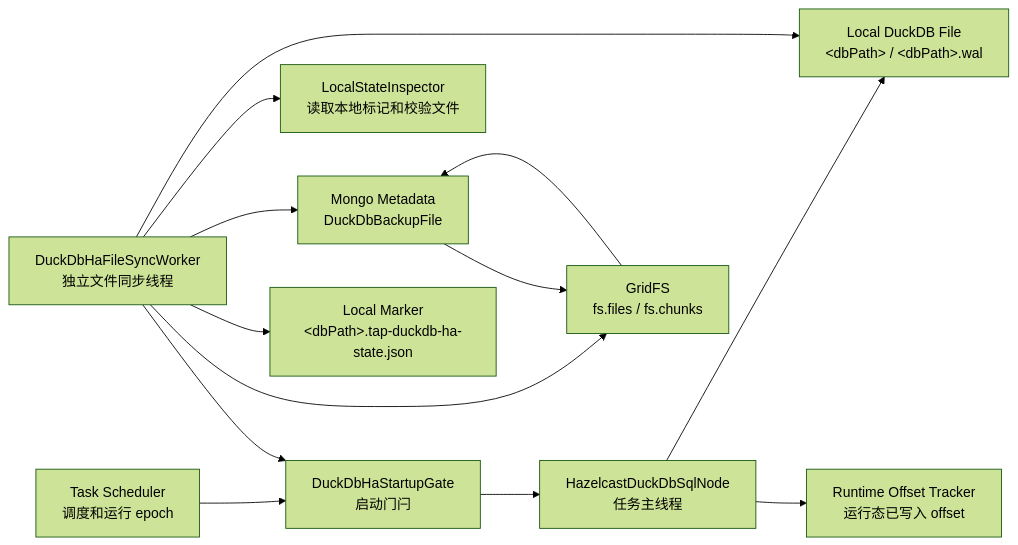
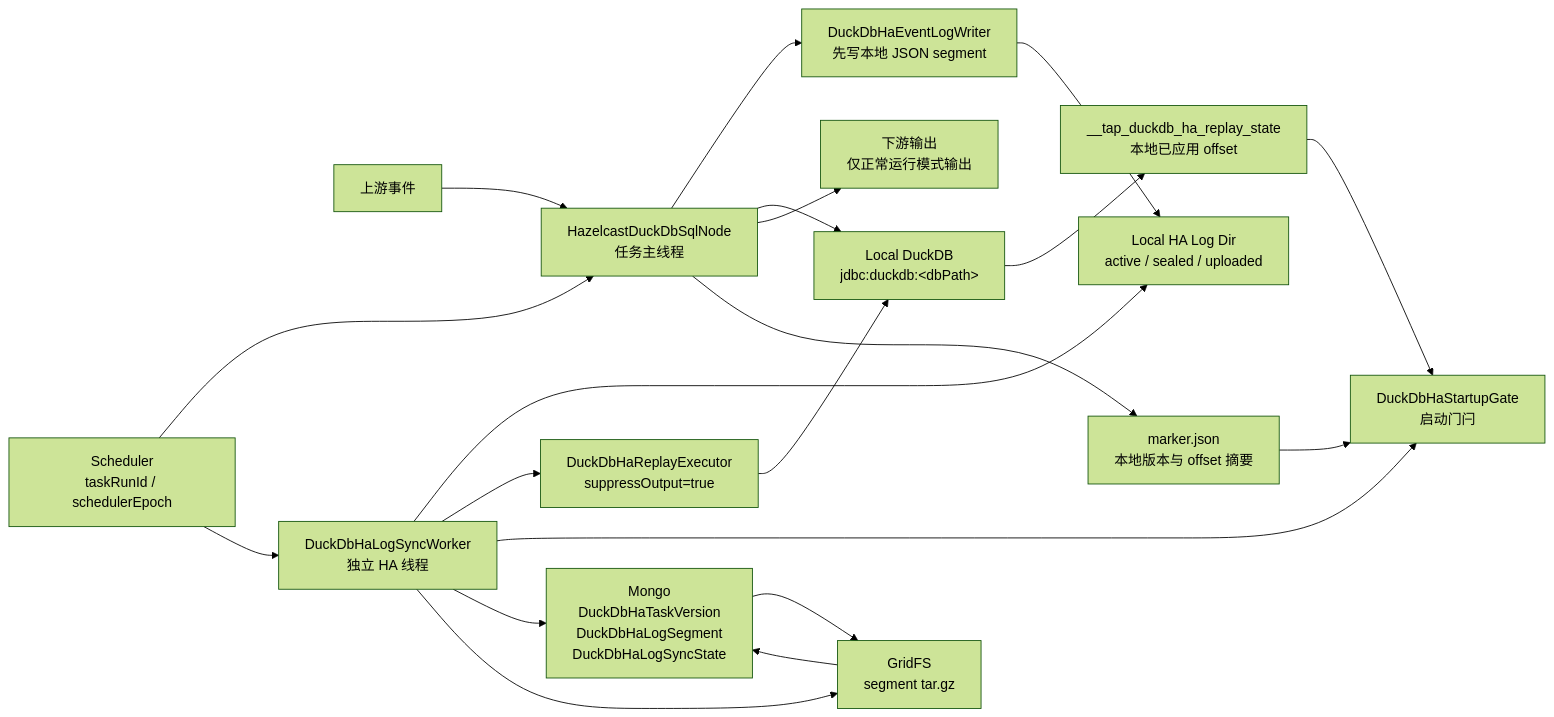
One commit to tapdata/tapdata changed the first of 2 diagrams in docs/DuckDB HA方案-备份文件方案详细设计V2.md. Above: the diagram before and after it, drawn with Mermaid (forest theme). The commit also changed other lines of this file, not shown here.

Commit message:
doc(TAP-11099): Maintain CDC event files independently

````diff
--- a/docs/DuckDB HA方案-备份文件方案详细设计V2.md
+++ b/docs/DuckDB HA方案-备份文件方案详细设计V2.md
@@ -137,17 +181,26 @@
 ```mermaid
 flowchart LR
-  SCH["Task Scheduler<br/>调度和运行 epoch"] --> GATE["DuckDbHaStartupGate<br/>启动门闩"]
-  GATE --> TASK["HazelcastDuckDbSqlNode<br/>任务主线程"]
-  TASK --> DB["Local DuckDB File<br/>&lt;dbPath&gt; / &lt;dbPath&gt;.wal"]
-  TASK --> OT["Runtime Offset Tracker<br/>运行态已写入 offset"]
+  SRC["上游事件"] --> NODE["HazelcastDuckDbSqlNode<br/>任务主线程"]
+  NODE --> LOGW["DuckDbHaEventLogWriter<br/>先写本地 JSON segment"]
+  NODE --> DB["Local DuckDB<br/>jdbc:duckdb:&lt;dbPath&gt;"]
+  NODE --> OUT["下游输出<br/>仅正常运行模式输出"]
 
-  WORKER["DuckDbHaFileSyncWorker<br/>独立文件同步线程"] --> GATE
-  WORKER --> INSPECT["LocalStateInspector<br/>读取本地标记和校验文件"]
-  WORKER --> DB
-  WORKER --> META["Mongo Metadata<br/>DuckDbBackupFile"]
-  WORKER --> GRID["GridFS<br/>fs.files / fs.chunks"]
-  WORKER --> MARKER["Local Marker<br/>&lt;dbPath&gt;.tap-duckdb-ha-state.json"]
+  LOGW --> LOCAL["Local HA Log Dir<br/>active / sealed / uploaded"]
+  DB --> RSTATE["__tap_duckdb_ha_replay_state<br/>本地已应用 offset"]
+  NODE --> MARKER["marker.json<br/>本地版本与 offset 摘要"]
+
+  WORKER["DuckDbHaLogSyncWorker<br/>独立 HA 线程"] --> LOCAL
+  WORKER --> REPLAY["DuckDbHaReplayExecutor<br/>suppressOutput=true"]
+  WORKER --> GATE["DuckDbHaStartupGate<br/>启动门闩"]
+  WORKER --> META["Mongo<br/>DuckDbHaTaskVersion<br/>DuckDbHaLogSegment<br/>DuckDbHaLogSyncState"]
+  WORKER --> GRID["GridFS<br/>segment tar.gz"]
 
   META --> GRID
   GRID --> META
+  REPLAY --> DB
+  RSTATE --> GATE
+  MARKER --> GATE
+
+  SCH["Scheduler<br/>taskRunId / schedulerEpoch"] --> NODE
+  SCH --> WORKER
 ```
````
